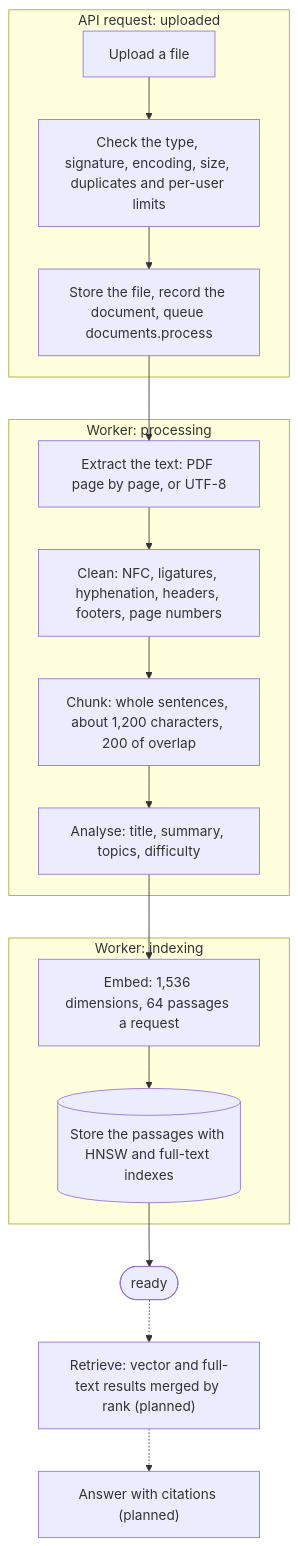
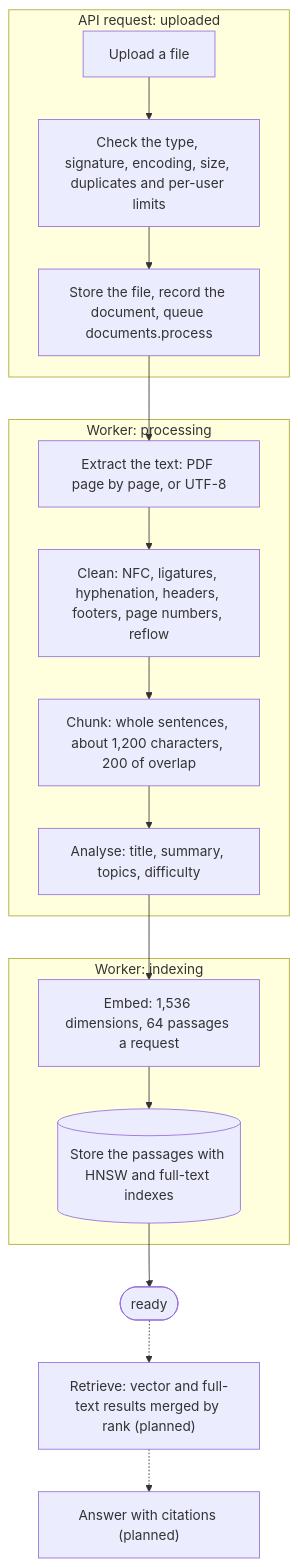
Before and after one commit to APELSINKos/ai-study-platform: the second of 4 diagrams in README.md, drawn with Mermaid. The commit also changed other lines of this file, not shown here.

Commit message:
docs: README — склейка строк PDF и правила офлайн-анализа описаны как есть

````diff
--- a/README.md
+++ b/README.md
@@ -104,20 +104,20 @@
 ```mermaid
 flowchart TD
     subgraph request ["API request: uploaded"]
         upload["Upload a file"] --> checks["Check the type, signature, encoding, size, duplicates and per-user limits"]
         checks --> stored["Store the file, record the document, queue documents.process"]
     end
     subgraph reading ["Worker: processing"]
-        extract["Extract the text: PDF page by page, or UTF-8"] --> clean["Clean: NFC, ligatures, hyphenation, headers, footers, page numbers"]
+        extract["Extract the text: PDF page by page, or UTF-8"] --> clean["Clean: NFC, ligatures, hyphenation, headers, footers, page numbers, reflow"]
         clean --> chunk["Chunk: whole sentences, about 1,200 characters, 200 of overlap"]
         chunk --> analyse["Analyse: title, summary, topics, difficulty"]
     end
     subgraph indexing ["Worker: indexing"]
         embed["Embed: 1,536 dimensions, 64 passages a request"] --> save[("Store the passages with HNSW and full-text indexes")]
     end
     stored --> extract
     analyse --> embed
     save --> ready(["ready"])
     ready -.-> retrieve["Retrieve: vector and full-text results merged by rank (planned)"]
     retrieve -.-> answer["Answer with citations (planned)"]
 ```
````
